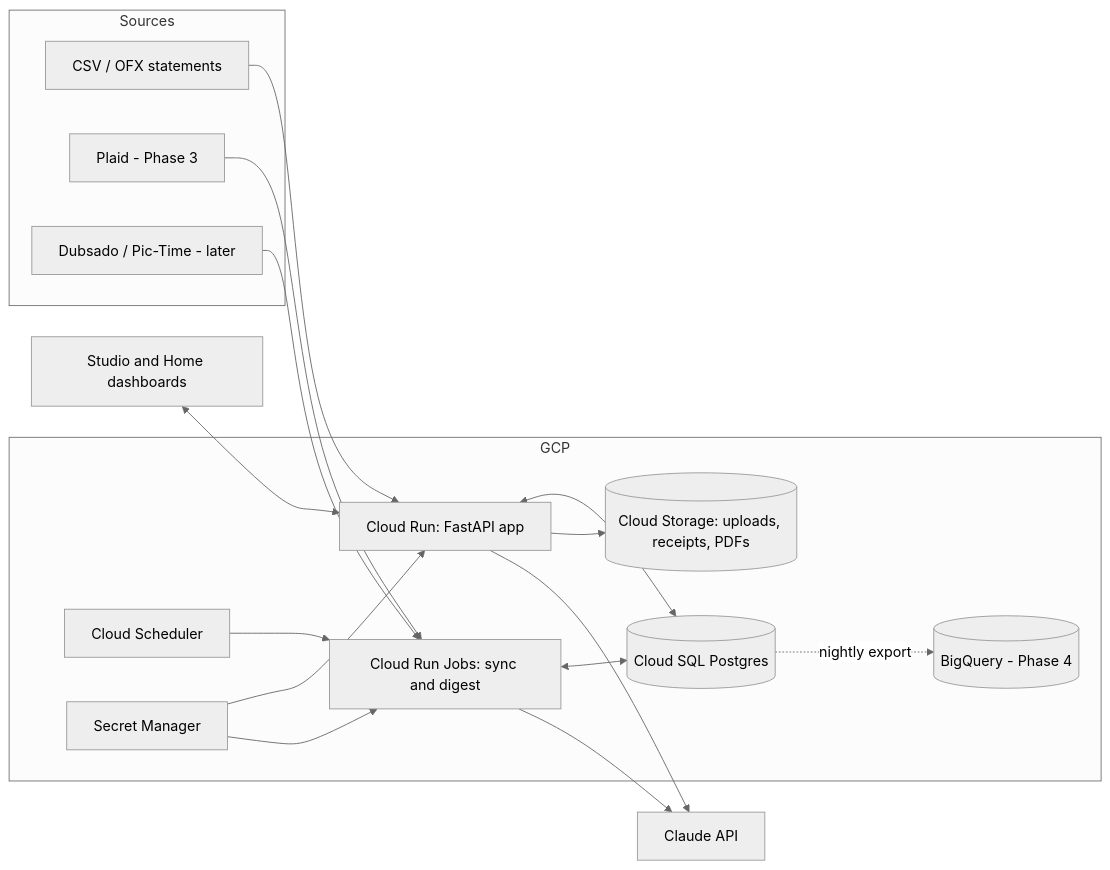
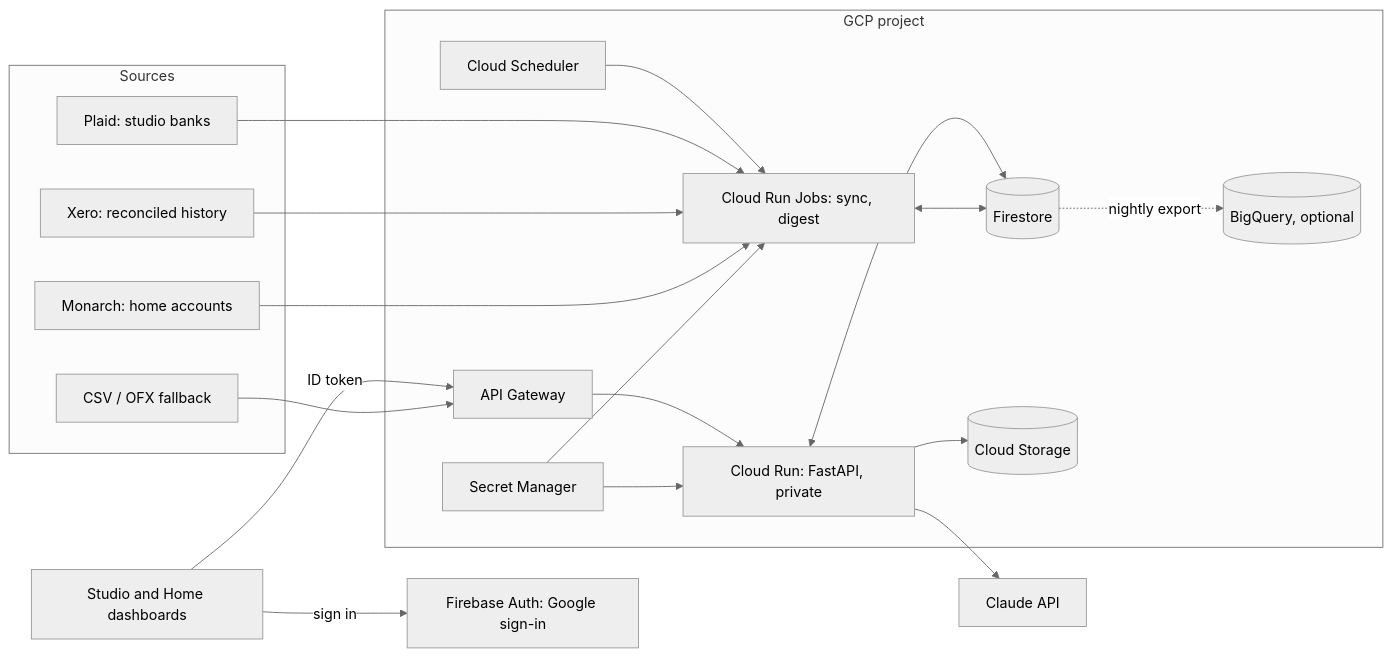
Before and after one commit to dsuitt/home-office: the diagram in docs/backend-flow.md, drawn with Mermaid (neutral theme). The commit also changed other lines of this file and 2 other files, not shown here.

First line of the commit message:
Update plan: free-tier GCP, Plaid for studio, Xero history import, Monarch for home

````diff
--- a/docs/backend-flow.md
+++ b/docs/backend-flow.md
@@ -7,33 +7,37 @@
 ```mermaid
 flowchart LR
   subgraph Sources
-    CSV[CSV / OFX statements]
-    PLAID[Plaid - Phase 3]
-    DUB[Dubsado / Pic-Time - later]
+    PLAID[Plaid: studio banks]
+    XERO[Xero: reconciled history]
+    MON[Monarch: home accounts]
+    CSV[CSV / OFX fallback]
   end
-  subgraph GCP
-    RUN[Cloud Run: FastAPI app]
-    JOBS[Cloud Run Jobs: sync and digest]
+  subgraph GCP project
+    GW[API Gateway]
+    RUN[Cloud Run: FastAPI, private]
+    JOBS[Cloud Run Jobs: sync, digest]
     SCHED[Cloud Scheduler]
-    SQL[(Cloud SQL Postgres)]
+    FS[(Firestore)]
     SM[Secret Manager]
-    GCS[(Cloud Storage: uploads, receipts, PDFs)]
-    BQ[(BigQuery - Phase 4)]
+    GCS[(Cloud Storage)]
+    BQ[(BigQuery, optional)]
   end
+  AUTH[Firebase Auth: Google sign-in]
   CLAUDE[Claude API]
   UI[Studio and Home dashboards]
 
-  CSV --> RUN
+  UI -- sign in --> AUTH
+  UI -- ID token --> GW --> RUN
+  CSV --> GW
+  SCHED --> JOBS
   PLAID --> JOBS
-  DUB --> JOBS
-  SCHED --> JOBS
-  RUN <--> SQL
-  JOBS <--> SQL
+  XERO --> JOBS
+  MON --> JOBS
+  RUN <--> FS
+  JOBS <--> FS
+  SM --> RUN
+  SM --> JOBS
   RUN --> GCS
   RUN --> CLAUDE
-  JOBS --> CLAUDE
-  SM --> RUN
-  SM --> JOBS
-  SQL -. nightly export .-> BQ
-  UI <--> RUN
+  FS -. nightly export .-> BQ
 ```
````
